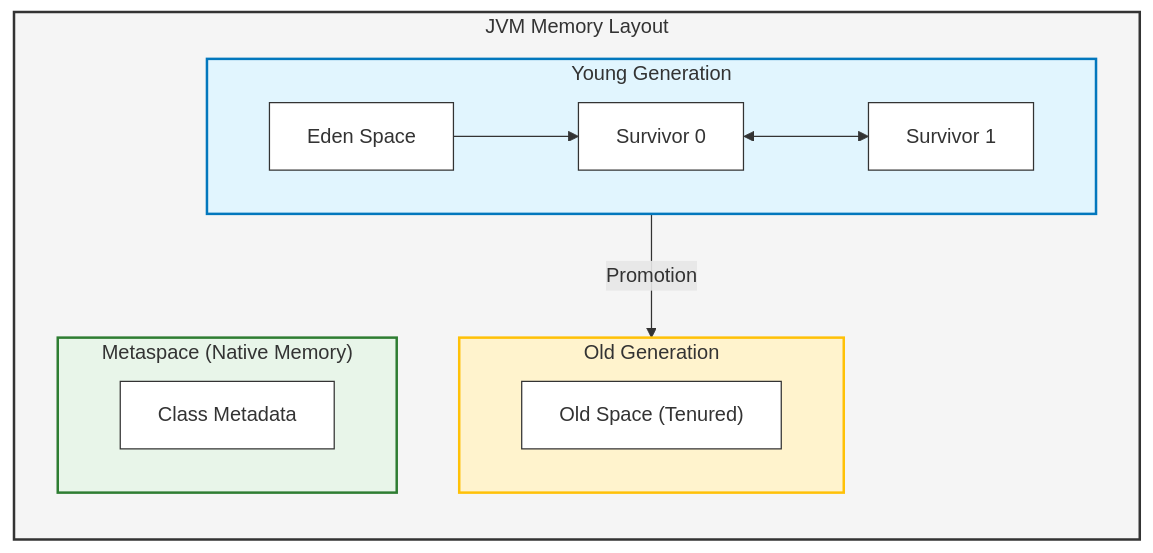
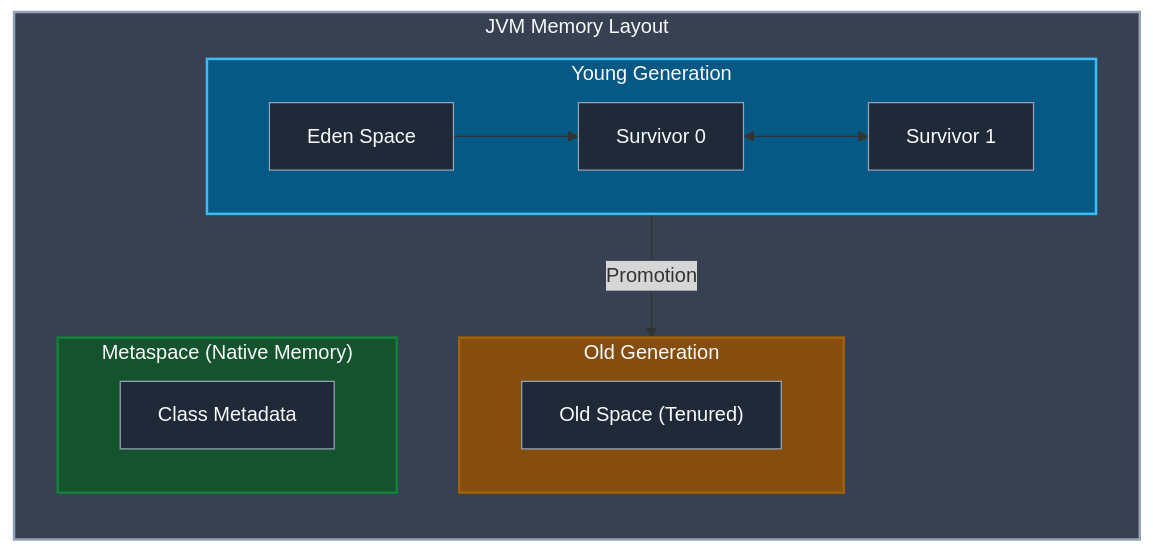
Before and after one commit to Kang-Hyesung/kang-hyesung.github.io: the first of 2 diagrams in _posts/java/07-jvm/2026-01-12-jvm-힙-영역과-gc.md, drawn with Mermaid. The commit also changed other lines of this file and 74 other files, not shown here.

Commit message:
docs: update post visibility and mermaid colors

````diff
--- a/_posts/java/07-jvm/2026-01-12-jvm-힙-영역과-gc.md
+++ b/_posts/java/07-jvm/2026-01-12-jvm-힙-영역과-gc.md
@@ -20,34 +20,34 @@
 ```mermaid
 graph TD
     subgraph JVM_Memory ["JVM Memory Layout"]
         direction TB
         
         subgraph Young_Gen ["Young Generation"]
             direction LR
             Eden["Eden Space"] --> S0["Survivor 0"]
             S0 <--> S1["Survivor 1"]
         end
         
         subgraph Old_Gen ["Old Generation"]
             Old["Old Space (Tenured)"]
         end
         
         subgraph Meta_Space ["Metaspace (Native Memory)"]
             Meta["Class Metadata"]
         end
     end
 
     Young_Gen -->|Promotion| Old_Gen
 
     %% 스타일 정의
-    style JVM_Memory fill:#f5f5f5,stroke:#333,stroke-width:2px
-    style Young_Gen fill:#e1f5fe,stroke:#0277bd,stroke-width:2px
-    style Old_Gen fill:#fff3cd,stroke:#ffc107,stroke-width:2px
-    style Meta_Space fill:#e8f5e9,stroke:#2e7d32,stroke-width:2px
-    style Eden fill:#ffffff,stroke:#333
-    style S0 fill:#ffffff,stroke:#333
-    style S1 fill:#ffffff,stroke:#333
-    style Old fill:#ffffff,stroke:#333
-    style Meta fill:#ffffff,stroke:#333
+    style JVM_Memory fill:#374151,stroke:#94a3b8,stroke-width:2px,color:#f8fafc
+    style Young_Gen fill:#075985,stroke:#38bdf8,stroke-width:2px,color:#f8fafc
+    style Old_Gen fill:#854d0e,stroke:#a16207,stroke-width:2px,color:#f8fafc
+    style Meta_Space fill:#14532d,stroke:#15803d,stroke-width:2px,color:#f8fafc
+    style Eden fill:#1f2937,stroke:#94a3b8,color:#f8fafc
+    style S0 fill:#1f2937,stroke:#94a3b8,color:#f8fafc
+    style S1 fill:#1f2937,stroke:#94a3b8,color:#f8fafc
+    style Old fill:#1f2937,stroke:#94a3b8,color:#f8fafc
+    style Meta fill:#1f2937,stroke:#94a3b8,color:#f8fafc
 
 ```
````
